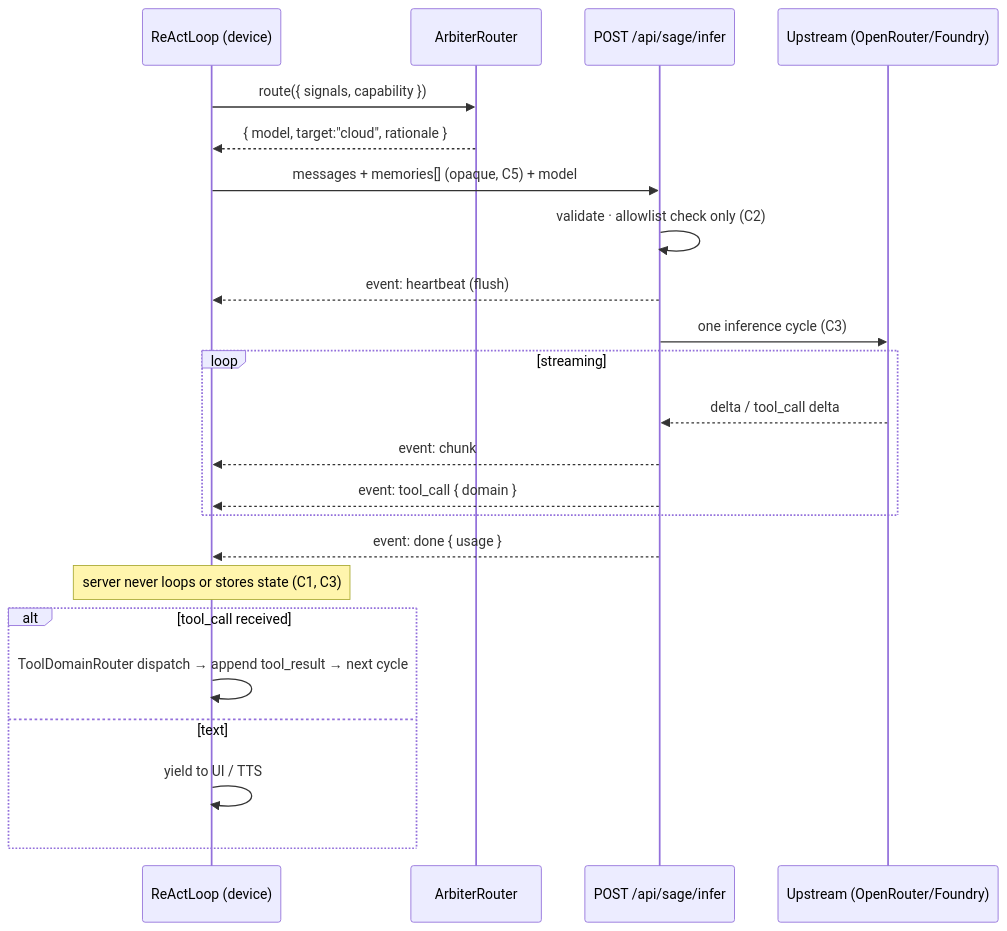
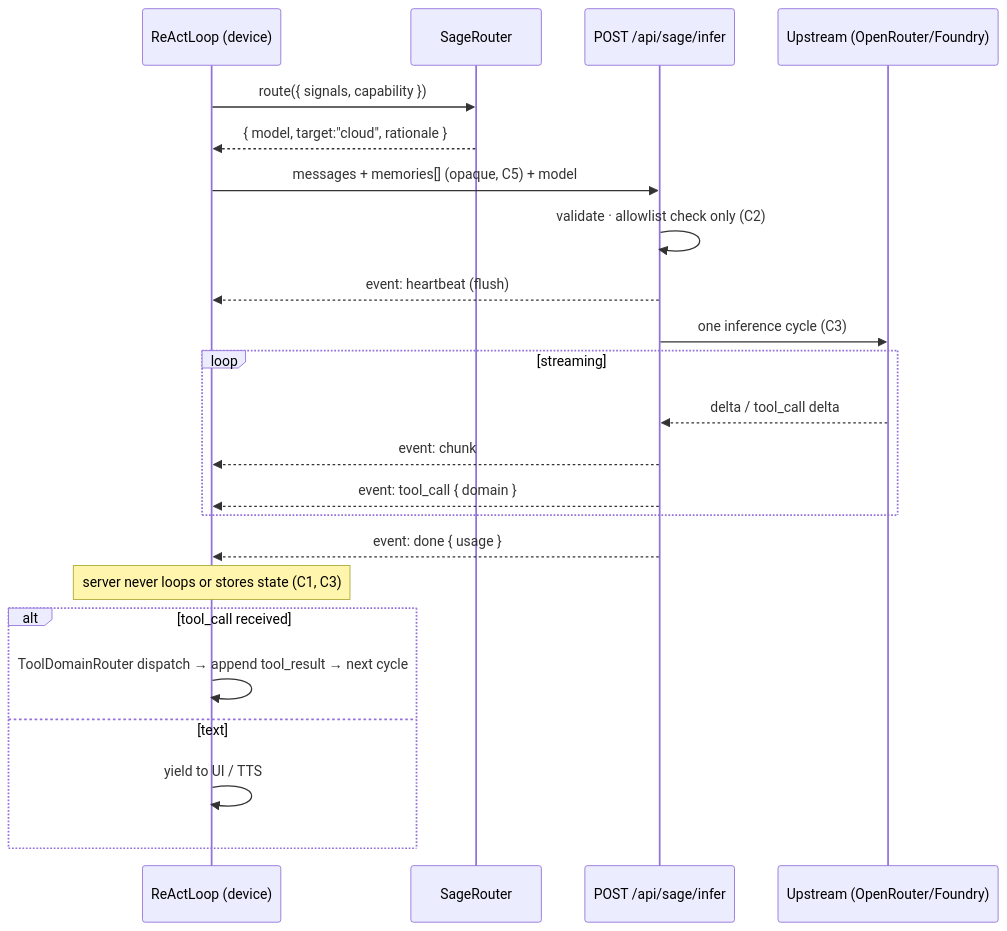
Before and after one commit to LG-Gibs/sage-agent: the third of 6 diagrams in docs/architecture.md, drawn with Mermaid. The commit also changed other lines of this file and 70 other files, not shown here.

First line of the commit message:
refactor(core)!: rename Arbiter Core → SageCore (@sage/core)

````diff
--- a/docs/architecture.md
+++ b/docs/architecture.md
@@ -134,26 +134,26 @@
 ```mermaid
 sequenceDiagram
   participant RL as ReActLoop (device)
-  participant AR as ArbiterRouter
+  participant AR as SageRouter
   participant API as POST /api/sage/infer
   participant UP as Upstream (OpenRouter/Foundry)
 
   RL->>AR: route({ signals, capability })
   AR-->>RL: { model, target:"cloud", rationale }
   RL->>API: messages + memories[] (opaque, C5) + model
   API->>API: validate · allowlist check only (C2)
   API-->>RL: event: heartbeat (flush)
   API->>UP: one inference cycle (C3)
   loop streaming
     UP-->>API: delta / tool_call delta
     API-->>RL: event: chunk
     API-->>RL: event: tool_call { domain }
   end
   API-->>RL: event: done { usage }
   Note over RL: server never loops or stores state (C1, C3)
   alt tool_call received
     RL->>RL: ToolDomainRouter dispatch → append tool_result → next cycle
   else text
     RL->>RL: yield to UI / TTS
   end
 ```
````
